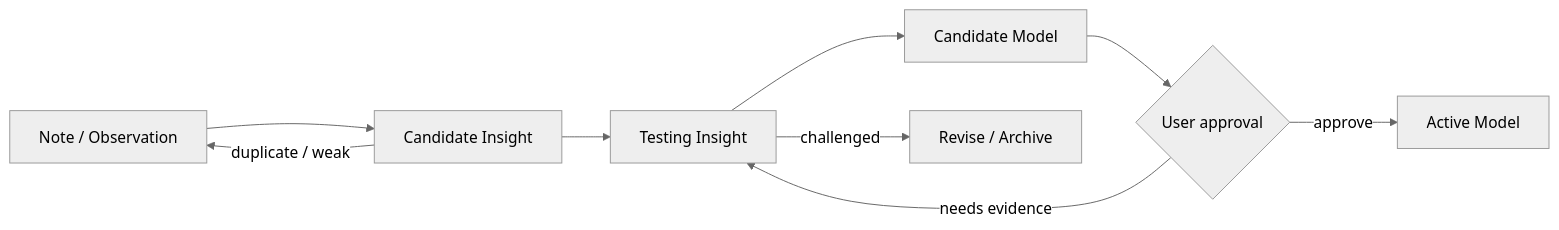
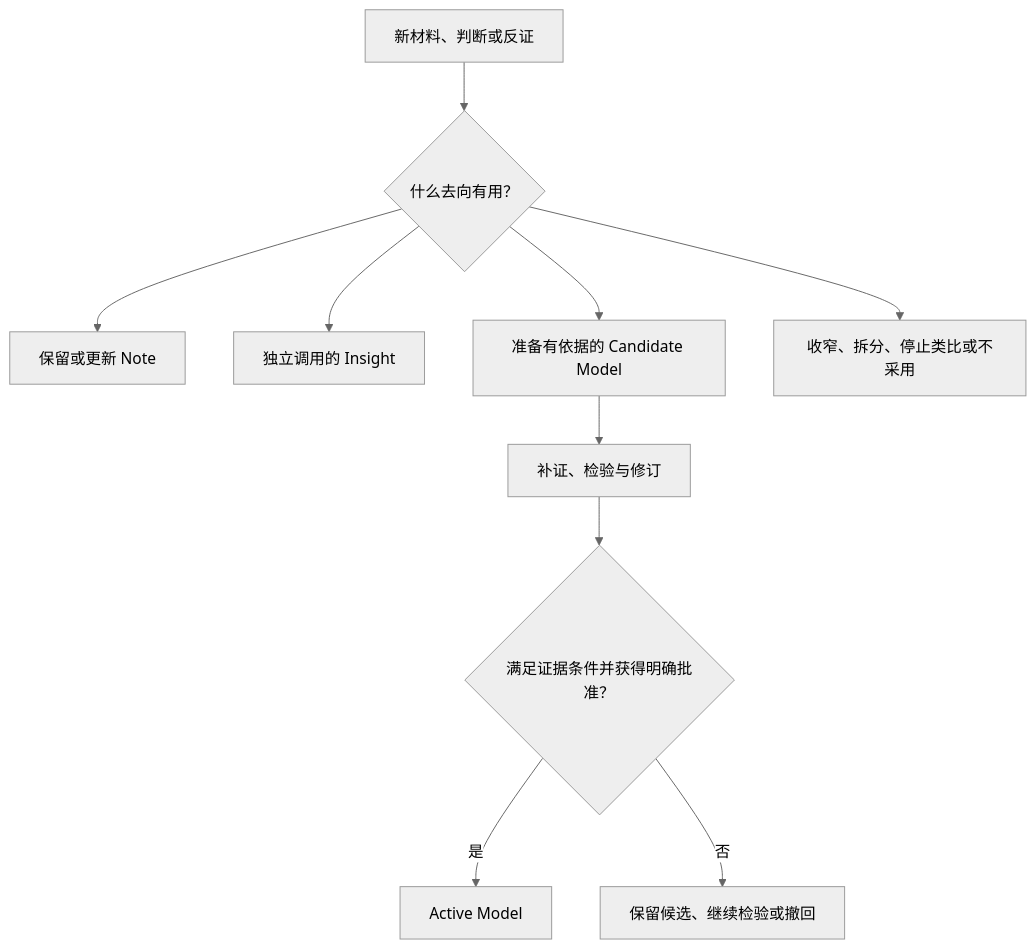
One commit to yuchengchai404-sketch/personal-world-model-harness changed the diagram in docs/promotion-pipeline.md. Above: the diagram before and after it, drawn with Mermaid (neutral theme). The commit also changed other lines of this file and 32 other files, not shown here.

````diff
--- a/docs/promotion-pipeline.md
+++ b/docs/promotion-pipeline.md
@@ -5,11 +6,12 @@
 ```mermaid
-flowchart LR
-    N["Note / Observation"] --> CI["Candidate Insight"]
-    CI --> TI["Testing Insight"]
-    TI --> CM["Candidate Model"]
-    CM --> A{"User approval"}
-    A -->|"approve"| AM["Active Model"]
-    A -->|"needs evidence"| TI
-    CI -->|"duplicate / weak"| N
-    TI -->|"challenged"| AR["Revise / Archive"]
+flowchart TB
+    N["新材料、判断或反证"] --> Q{"什么去向有用？"}
+    Q --> A["保留或更新 Note"]
+    Q --> I["独立调用的 Insight"]
+    Q --> M["准备有依据的 Candidate Model"]
+    Q --> R["收窄、拆分、停止类比或不采用"]
+    M --> T["补证、检验与修订"]
+    T --> G{"满足证据条件并获得明确批准？"}
+    G -->|是| ACT["Active Model"]
+    G -->|否| HOLD["保留候选、继续检验或撤回"]
 ```
````
